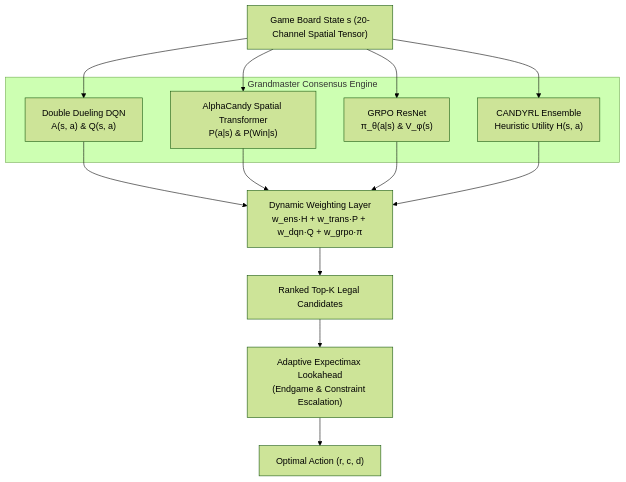
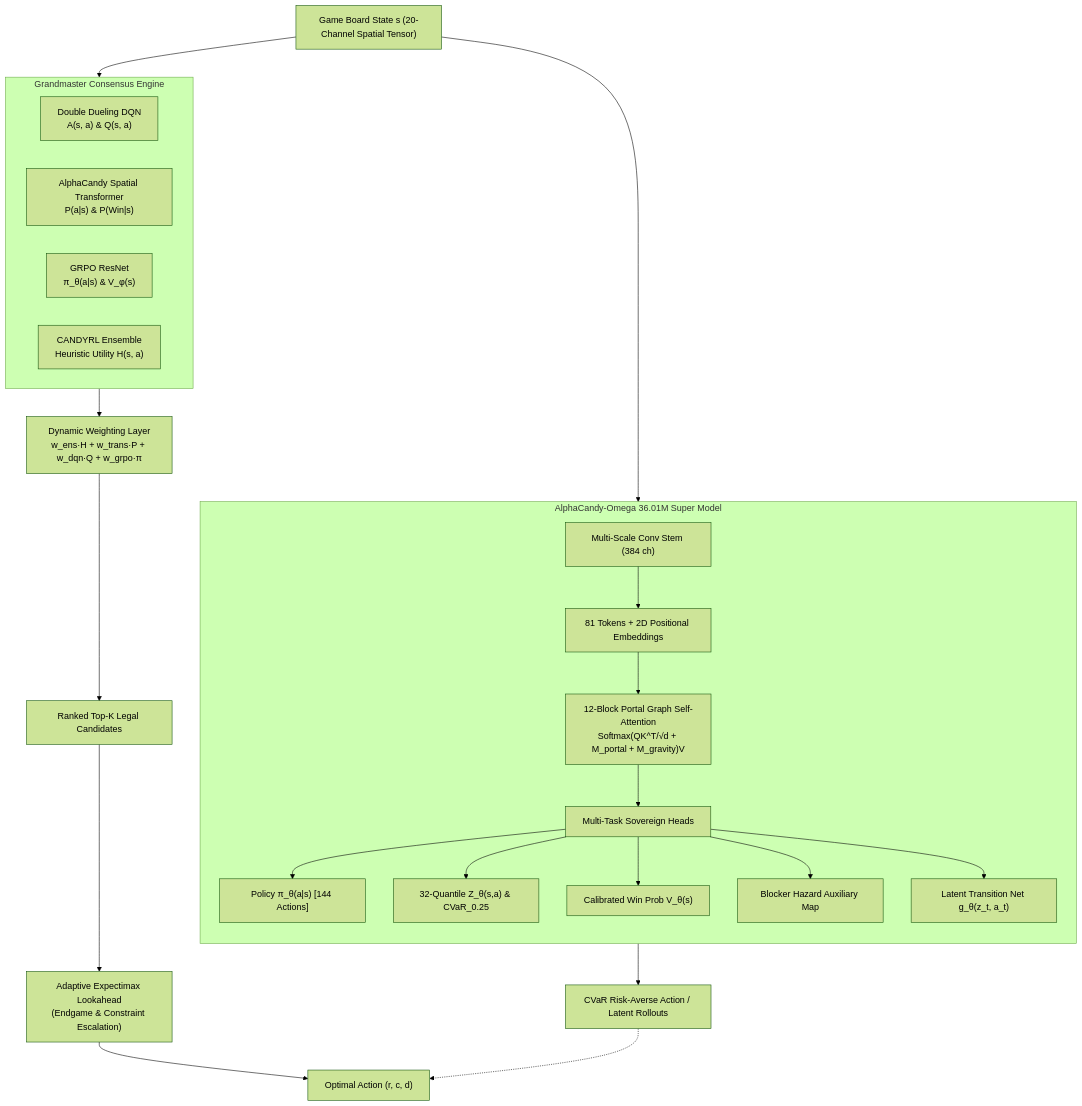
The diagram in README.md (hammadshakeelai/Candy-Crush-AI), drawn with Mermaid (forest theme) before and after one commit. The commit also changed other lines of this file and 10 other files, not shown here.

First line of the commit message:
feat(omega): introduce AlphaCandy-Omega 36.01M Super Model, GPU distillation pipeline, and academic knowledge base

````diff
--- a/README.md
+++ b/README.md
@@ -34,25 +34,34 @@
 ```mermaid
 flowchart TD
     State["Game Board State s (20-Channel Spatial Tensor)"]
     
+    subgraph Omega["AlphaCandy-Omega 36.01M Super Model"]
+        direction TB
+        Stem["Multi-Scale Conv Stem (384 ch)"] --> Tokens["81 Tokens + 2D Positional Embeddings"]
+        Tokens --> GraphAttn["12-Block Portal Graph Self-Attention<br>Softmax(QK^T/√d + M_portal + M_gravity)V"]
+        GraphAttn --> Heads["Multi-Task Sovereign Heads"]
+        Heads --> PolicyHead["Policy π_θ(a|s) [144 Actions]"]
+        Heads --> QuantileHead["32-Quantile Z_θ(s,a) & CVaR_0.25"]
+        Heads --> WinHead["Calibrated Win Prob V_θ(s)"]
+        Heads --> HazardHead["Blocker Hazard Auxiliary Map"]
+        Heads --> LatentWorld["Latent Transition Net g_θ(z_t, a_t)"]
+    end
+
     subgraph MultiParadigm["Grandmaster Consensus Engine"]
         DQN["Double Dueling DQN<br>A(s, a) & Q(s, a)"]
         Trans["AlphaCandy Spatial Transformer<br>P(a|s) & P(Win|s)"]
         GRPO["GRPO ResNet<br>π_θ(a|s) & V_φ(s)"]
         Tactical["CANDYRL Ensemble<br>Heuristic Utility H(s, a)"]
     end
 
-    State --> DQN
-    State --> Trans
-    State --> GRPO
-    State --> Tactical
+    State --> Omega
+    State --> MultiParadigm
 
-    DQN --> Blend["Dynamic Weighting Layer<br>w_ens·H + w_trans·P + w_dqn·Q + w_grpo·π"]
-    Trans --> Blend
-    GRPO --> Blend
-    Tactical --> Blend
-
+    MultiParadigm --> Blend["Dynamic Weighting Layer<br>w_ens·H + w_trans·P + w_dqn·Q + w_grpo·π"]
     Blend --> TopK["Ranked Top-K Legal Candidates"]
     TopK --> Search["Adaptive Expectimax Lookahead<br>(Endgame & Constraint Escalation)"]
+    
+    Omega --> OmegaAction["CVaR Risk-Averse Action / Latent Rollouts"]
     Search --> Action["Optimal Action (r, c, d)"]
+    OmegaAction -.-> Action
 ```
````
